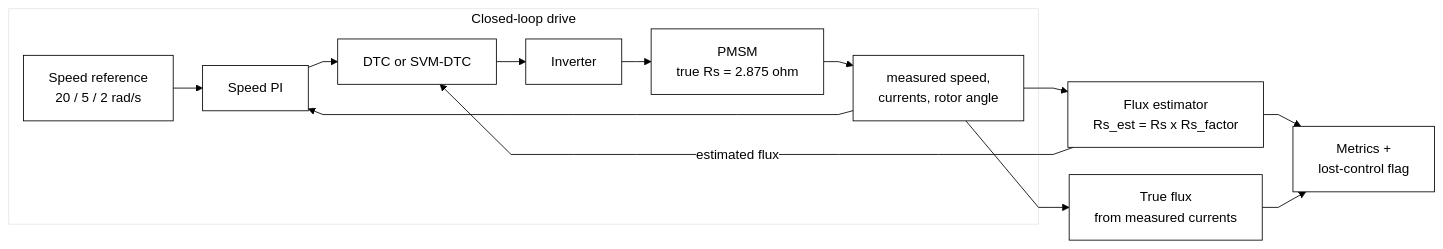
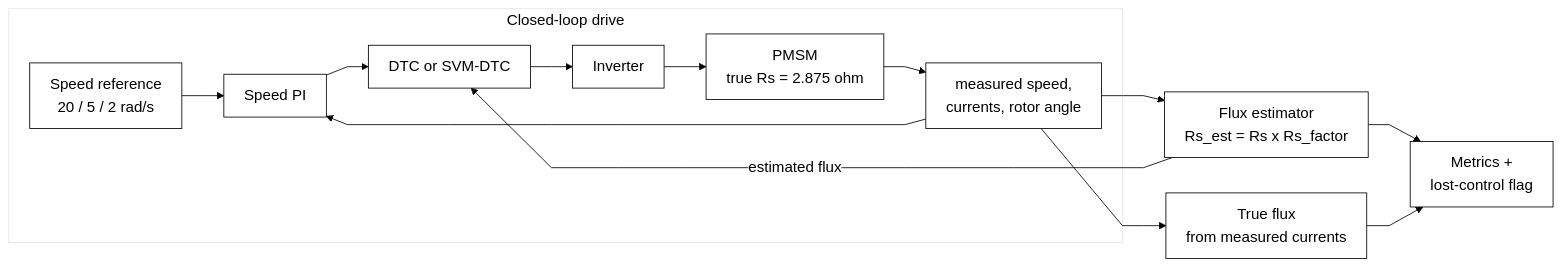
Before and after one commit to kunalkushwahatg/Direct-torque-control-of-PMSM-motor: the first of 2 diagrams in experiments/exp02_robustness/README.md, drawn with Mermaid. The commit also changed other lines of this file and 5 other files, not shown here.

Commit message:
Simplify and enlarge all remaining block diagrams

````diff
--- a/experiments/exp02_robustness/README.md
+++ b/experiments/exp02_robustness/README.md
@@ -49,17 +49,17 @@
 ```mermaid
-%%{init: {'theme': 'base', 'themeVariables': {'primaryColor': '#ffffff', 'primaryTextColor': '#000000', 'primaryBorderColor': '#000000', 'lineColor': '#000000', 'secondaryColor': '#ffffff', 'tertiaryColor': '#ffffff', 'fontFamily': 'Helvetica, Arial, sans-serif'}, 'flowchart': {'curve': 'linear', 'nodeSpacing': 28, 'rankSpacing': 35}, 'themeCSS': '.node rect, .node circle, .node ellipse, .node polygon, .node path { filter: none !important; stroke-width: 1px !important; } .cluster rect { filter: none !important; } .edgePath path { filter: none !important; stroke-width: 1px !important; }'}}%%
+%%{init: {'theme': 'base', 'themeVariables': {'primaryColor': '#ffffff', 'primaryTextColor': '#000000', 'primaryBorderColor': '#000000', 'lineColor': '#000000', 'secondaryColor': '#ffffff', 'tertiaryColor': '#ffffff', 'fontFamily': 'Arial, Helvetica, sans-serif', 'fontSize': '18px'}, 'flowchart': {'curve': 'linear', 'nodeSpacing': 40, 'rankSpacing': 50, 'padding': 12}, 'themeCSS': '.node rect, .node circle, .node ellipse, .node polygon, .node path { filter: none !important; stroke-width: 1.5px !important; } .cluster rect { filter: none !important; } .edgePath path { filter: none !important; stroke-width: 1.5px !important; } .nodeLabel { font-size: 18px !important; } .edgeLabel { font-size: 16px !important; }'}}%%
 flowchart LR
     subgraph LOOP["Closed-loop drive"]
         REF["Speed reference<br/>20 / 5 / 2 rad/s"] --> PI["Speed PI"]
         PI --> CTRL["DTC or SVM-DTC"]
         CTRL --> INV["Inverter"]
         INV --> MOT["PMSM<br/>true Rs = 2.875 ohm"]
         MOT --> FB["measured speed,<br/>currents, rotor angle"]
         FB --> PI
     end
     FB --> EST["Flux estimator<br/>Rs_est = Rs x Rs_factor"]
     EST -->|"estimated flux"| CTRL
     FB --> TRUE["True flux<br/>from measured currents"]
     EST --> MET["Metrics +<br/>lost-control flag"]
     TRUE --> MET
 ```
````
